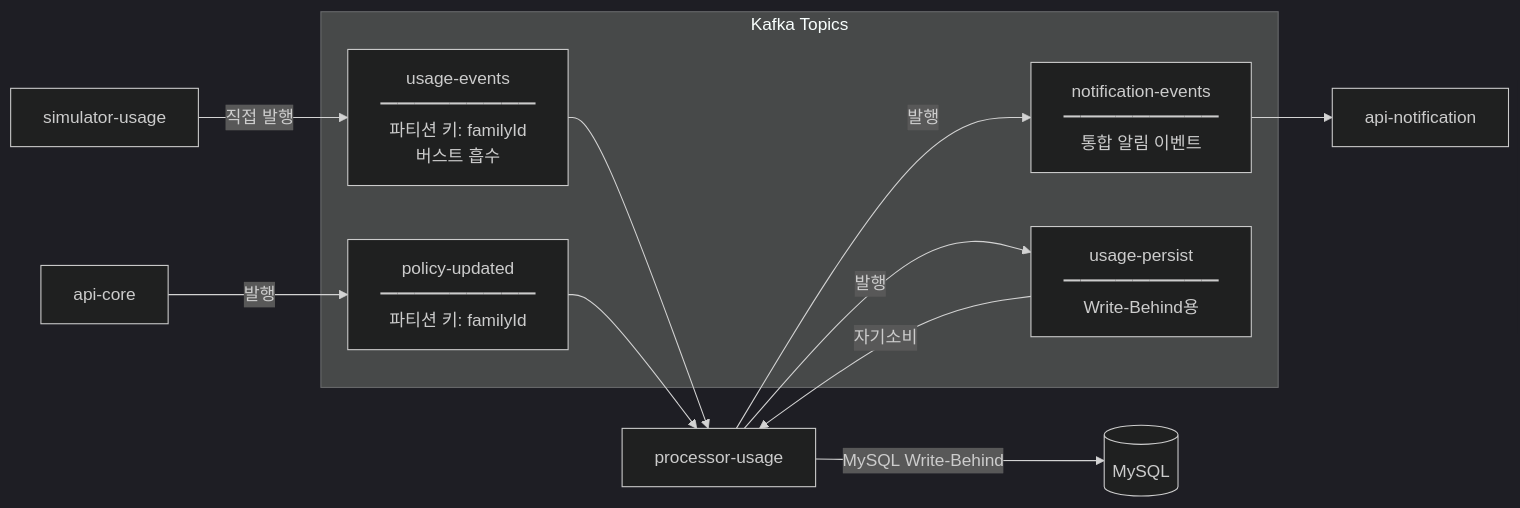
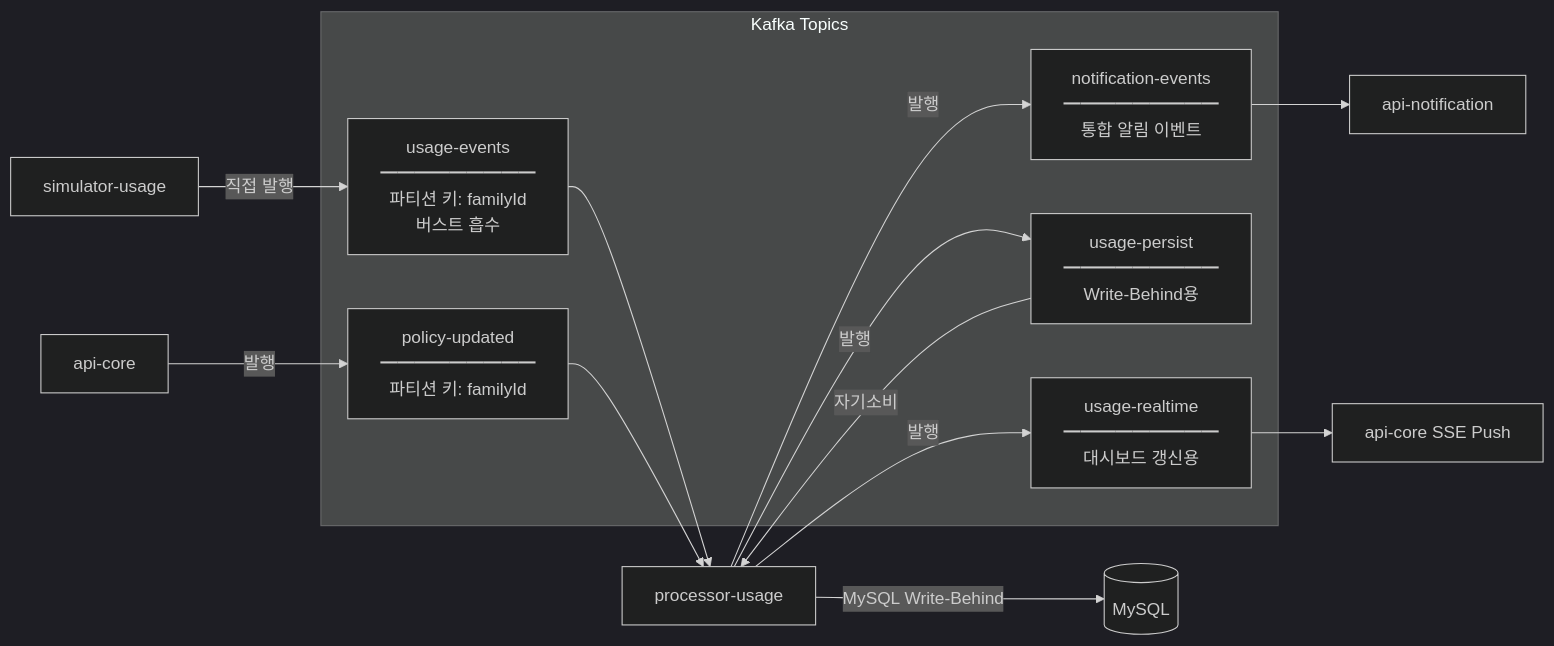
The third of 12 diagrams in profile/README.md (da-bom/.github), drawn with Mermaid (dark theme) before and after one commit. The commit also changed other lines of this file, not shown here.

````diff
--- a/profile/README.md
+++ b/profile/README.md
@@ -606,22 +844,25 @@
 ```mermaid
 flowchart LR
     subgraph Topics["Kafka Topics"]
         T1["usage-events<br/>━━━━━━━━━<br/>파티션 키: familyId<br/>버스트 흡수"]
         T2["policy-updated<br/>━━━━━━━━━<br/>파티션 키: familyId"]
         T3["notification-events<br/>━━━━━━━━━<br/>통합 알림 이벤트"]
         T4["usage-persist<br/>━━━━━━━━━<br/>Write-Behind용"]
+        T5["usage-realtime<br/>━━━━━━━━━<br/>대시보드 갱신용"]
     end
 
     TG[simulator-usage] -->|직접 발행| T1
     AC[api-core] -->|발행| T2
 
     T1 --> UP[processor-usage]
     T2 --> UP
 
     UP -->|발행| T3
     UP -->|발행| T4
+    UP -->|발행| T5
 
     T3 --> AN[api-notification]
     T4 -->|자기소비| UP
+    T5 --> AC2[api-core SSE Push]
     UP -->|MySQL Write-Behind| DB[(MySQL)]
 ```
````
